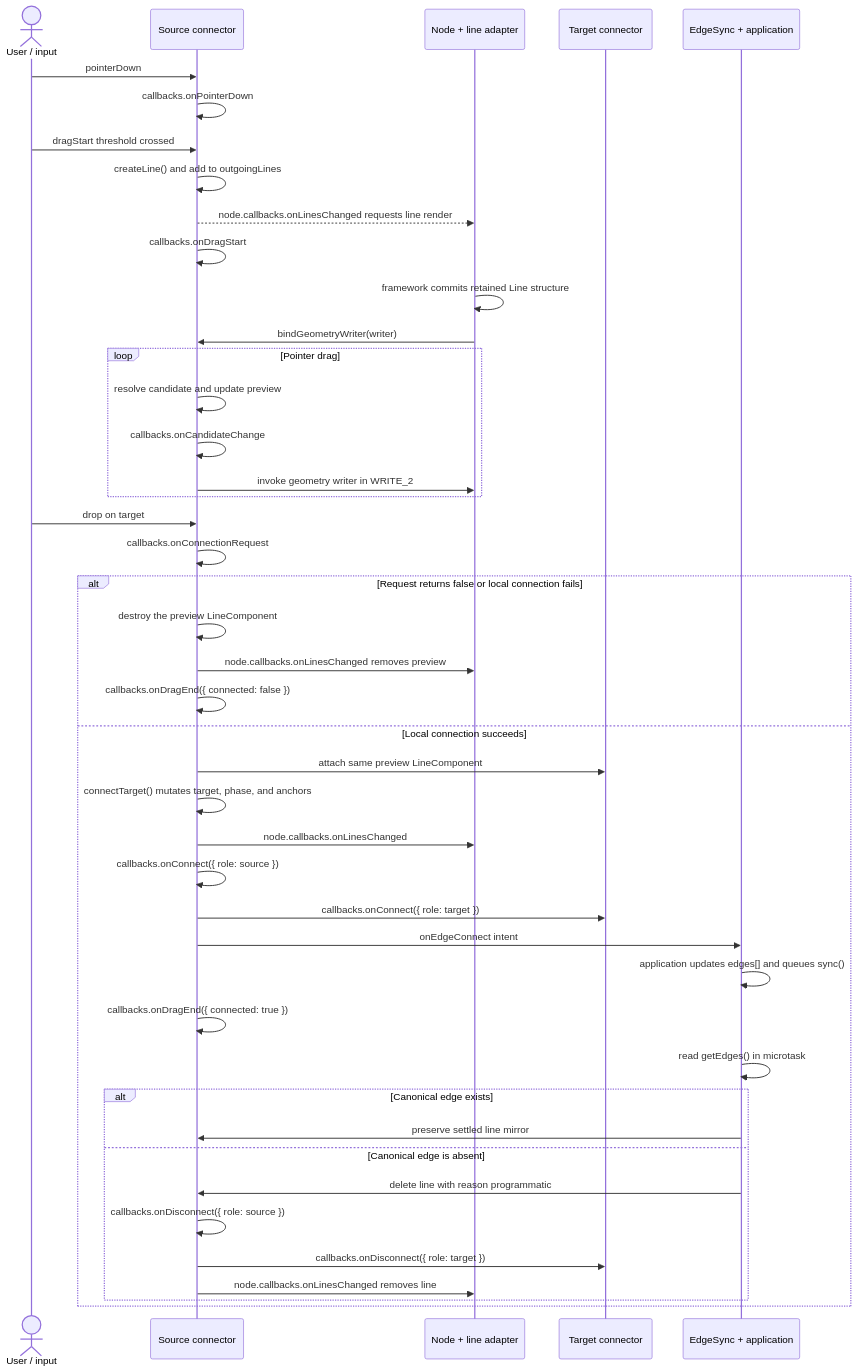
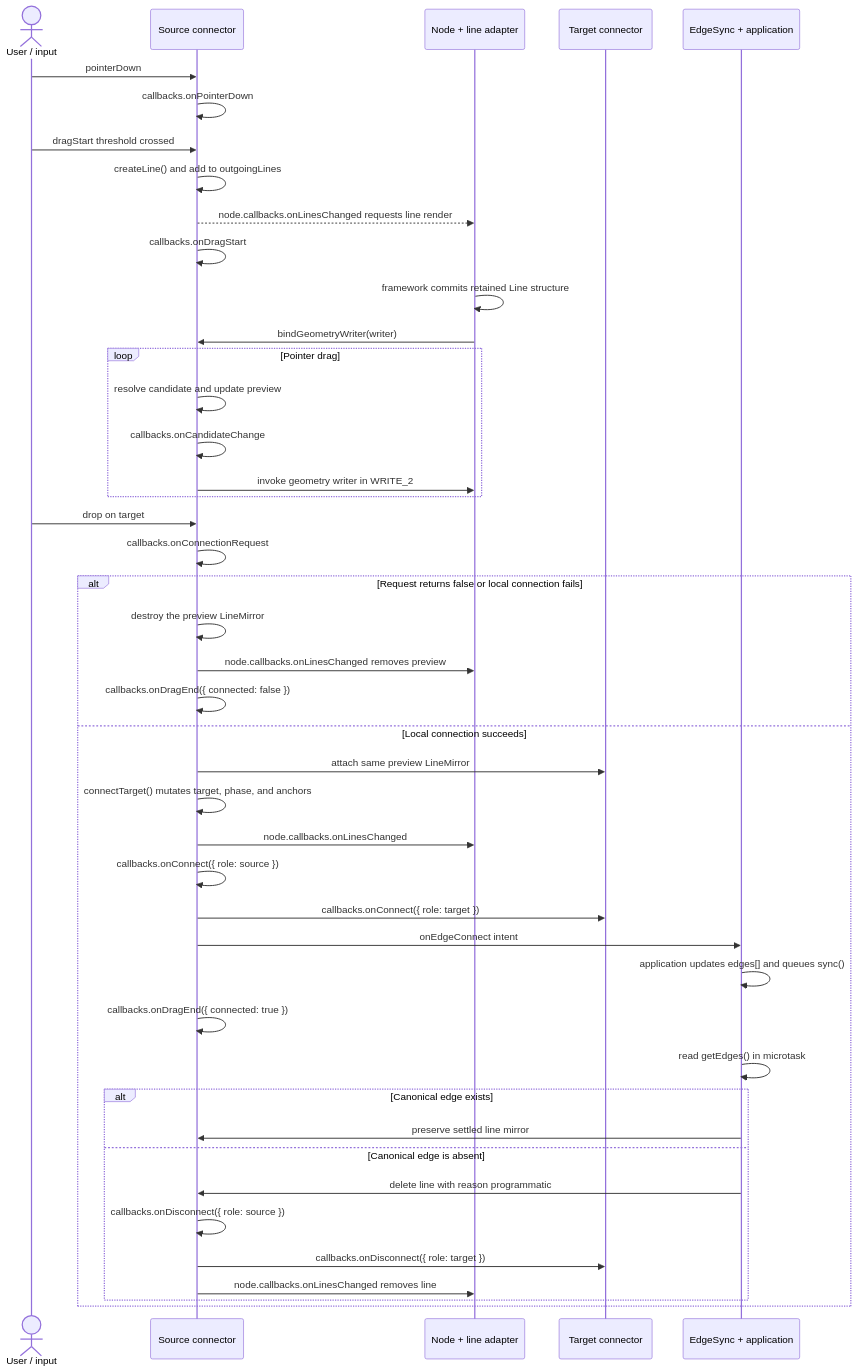
Before and after one commit to tfukaza/SnapLineJS: the eighth of 11 diagrams in docs/snapline/design/current-architecture.md, drawn with Mermaid. The commit also changed other lines of this file and 44 other files, not shown here.

````diff
--- a/docs/snapline/design/current-architecture.md
+++ b/docs/snapline/design/current-architecture.md
@@ -602,51 +602,51 @@
 ```mermaid
 sequenceDiagram
   actor Input as User / input
   participant Source as Source connector
   participant View as Node + line adapter
   participant Target as Target connector
   participant Sync as EdgeSync + application
 
   Input->>Source: pointerDown
   Source->>Source: callbacks.onPointerDown
 
   Input->>Source: dragStart threshold crossed
   Source->>Source: createLine() and add to outgoingLines
   Source-->>View: node.callbacks.onLinesChanged requests line render
   Source->>Source: callbacks.onDragStart
   View->>View: framework commits retained Line structure
   View->>Source: bindGeometryWriter(writer)
 
   loop Pointer drag
     Source->>Source: resolve candidate and update preview
     Source->>Source: callbacks.onCandidateChange
     Source->>View: invoke geometry writer in WRITE_2
   end
 
   Input->>Source: drop on target
   Source->>Source: callbacks.onConnectionRequest
 
   alt Request returns false or local connection fails
-    Source->>Source: destroy the preview LineComponent
+    Source->>Source: destroy the preview LineMirror
     Source->>View: node.callbacks.onLinesChanged removes preview
     Source->>Source: callbacks.onDragEnd({ connected: false })
   else Local connection succeeds
-    Source->>Target: attach same preview LineComponent
+    Source->>Target: attach same preview LineMirror
     Source->>Source: connectTarget() mutates target, phase, and anchors
     Source->>View: node.callbacks.onLinesChanged
     Source->>Source: callbacks.onConnect({ role: source })
     Source->>Target: callbacks.onConnect({ role: target })
     Source->>Sync: onEdgeConnect intent
     Sync->>Sync: application updates edges[] and queues sync()
     Source->>Source: callbacks.onDragEnd({ connected: true })
     Sync->>Sync: read getEdges() in microtask
     alt Canonical edge exists
       Sync->>Source: preserve settled line mirror
     else Canonical edge is absent
       Sync->>Source: delete line with reason programmatic
       Source->>Source: callbacks.onDisconnect({ role: source })
       Source->>Target: callbacks.onDisconnect({ role: target })
       Source->>View: node.callbacks.onLinesChanged removes line
     end
   end
 ```
````
